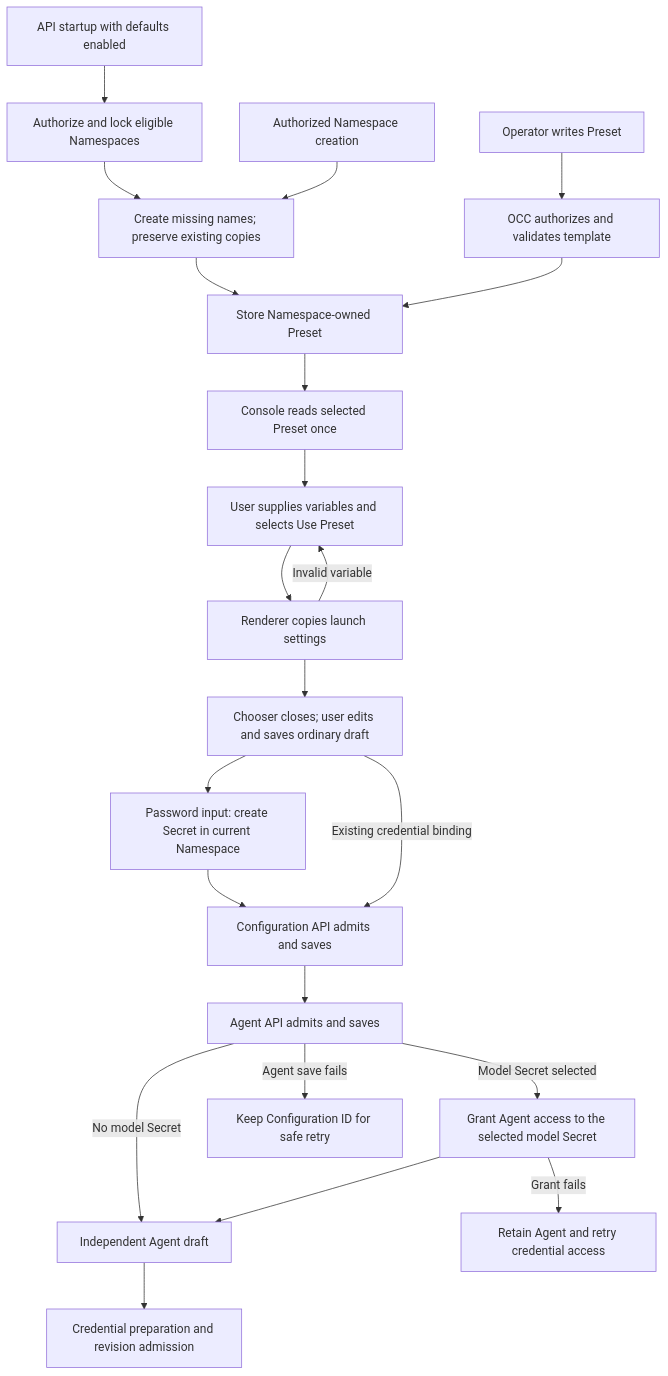
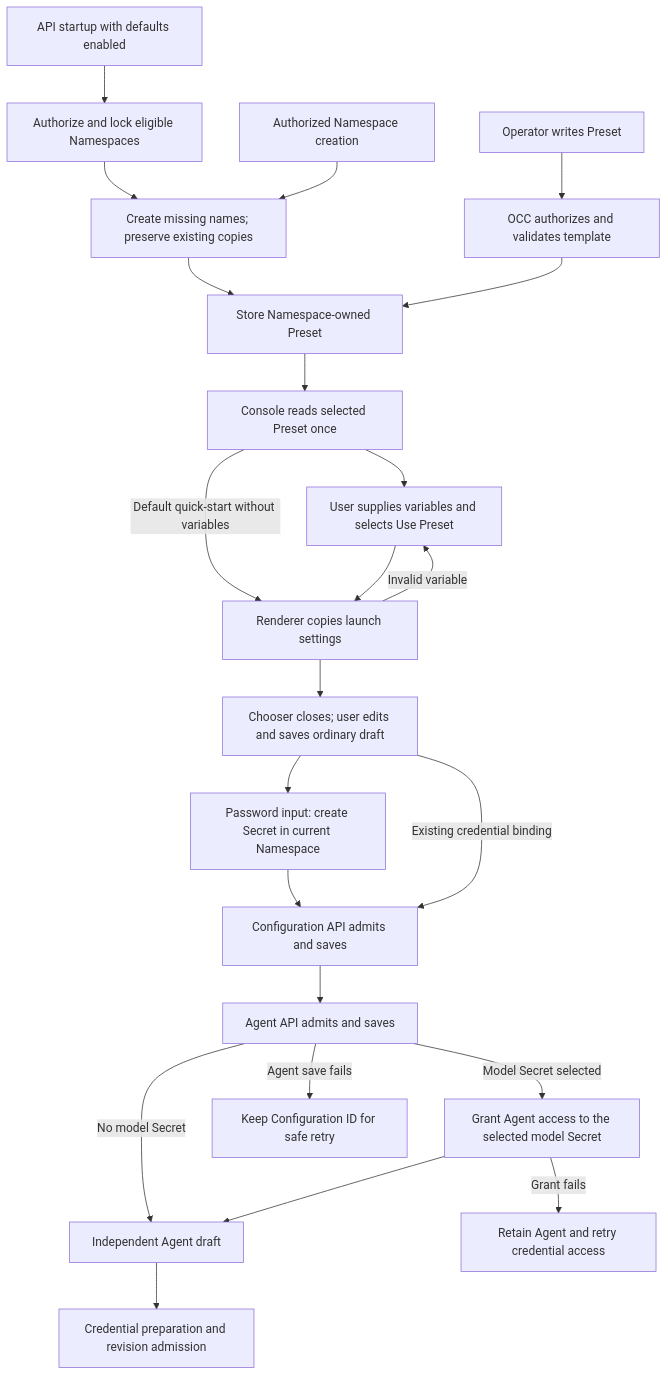
Before and after one commit to IsaiahStapleton/openclaw-enterprise: the diagram in docs/flows/agent-presets.md, drawn with Mermaid. The commit also changed other lines of this file and 21 other files, not shown here.

````diff
--- a/docs/flows/agent-presets.md
+++ b/docs/flows/agent-presets.md
@@ -35,24 +35,25 @@
 ```mermaid
 graph TD
   S0["API startup with defaults enabled"] --> S1["Authorize and lock eligible Namespaces"]
   S1 --> S2["Create missing names; preserve existing copies"]
   S2 --> C
   N["Authorized Namespace creation"] --> S2
   A["Operator writes Preset"] --> B["OCC authorizes and validates template"]
   B --> C["Store Namespace-owned Preset"]
   C --> D["Console reads selected Preset once"]
   D --> E["User supplies variables and selects Use Preset"]
+  D -->|Default quick-start without variables| F
   E --> F["Renderer copies launch settings"]
   F --> G["Chooser closes; user edits and saves ordinary draft"]
   G --> S["Password input: create Secret in current Namespace"]
   S --> H["Configuration API admits and saves"]
   G -->|Existing credential binding| H
   H --> I["Agent API admits and saves"]
   I -->|Model Secret selected| O["Grant Agent access to the selected model Secret"]
   I -->|No model Secret| J
   O --> J["Independent Agent draft"]
   O -->|Grant fails| R["Retain Agent and retry credential access"]
   F -->|Invalid variable| E
   I -->|Agent save fails| K["Keep Configuration ID for safe retry"]
   J --> L["Credential preparation and revision admission"]
 ```
````
